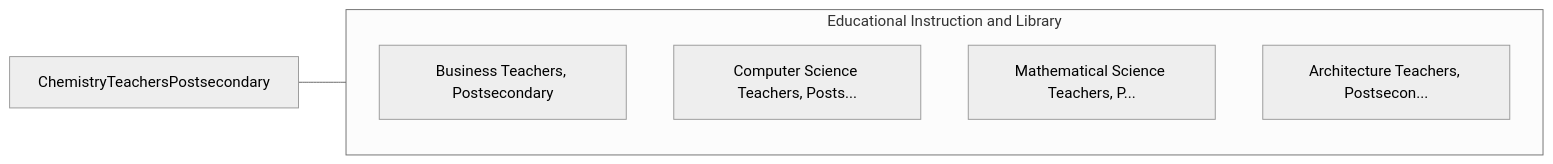
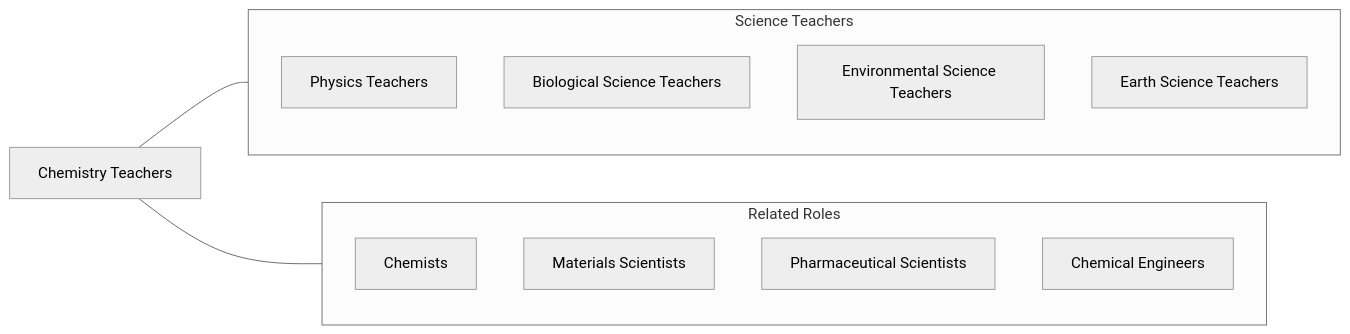
Before and after one commit to kziemski/business.org.ai: the fourth of 4 diagrams in occupations/Education/ChemistryTeachersPostsecondary.mdx, drawn with Mermaid (neutral theme). The commit also changed other lines of this file and 938 other files, not shown here.

````diff
--- a/occupations/Education/ChemistryTeachersPostsecondary.mdx
+++ b/occupations/Education/ChemistryTeachersPostsecondary.mdx
@@ -104,13 +165,21 @@
 ```mermaid
 graph LR
-    Current["ChemistryTeachersPostsecondary"]
+    Current["Chemistry Teachers"]
 
-    subgraph SameCategory["Educational Instruction and Library"]
-        BusinessTeachersPost["Business Teachers, Postsecondary"]
-        ComputerScienceTeach["Computer Science Teachers, Posts..."]
-        MathematicalScienceT["Mathematical Science Teachers, P..."]
-        ArchitectureTeachers["Architecture Teachers, Postsecon..."]
+    subgraph SameCategory["Science Teachers"]
+        Physics["Physics Teachers"]
+        Bio["Biological Science Teachers"]
+        Environ["Environmental Science Teachers"]
+        AtmoEarth["Earth Science Teachers"]
+    end
+
+    subgraph CrossFunctional["Related Roles"]
+        Chemists["Chemists"]
+        MatSci["Materials Scientists"]
+        PharmSci["Pharmaceutical Scientists"]
+        ChemEng["Chemical Engineers"]
     end
 
     Current --- SameCategory
+    Current --- CrossFunctional
 ```
````
